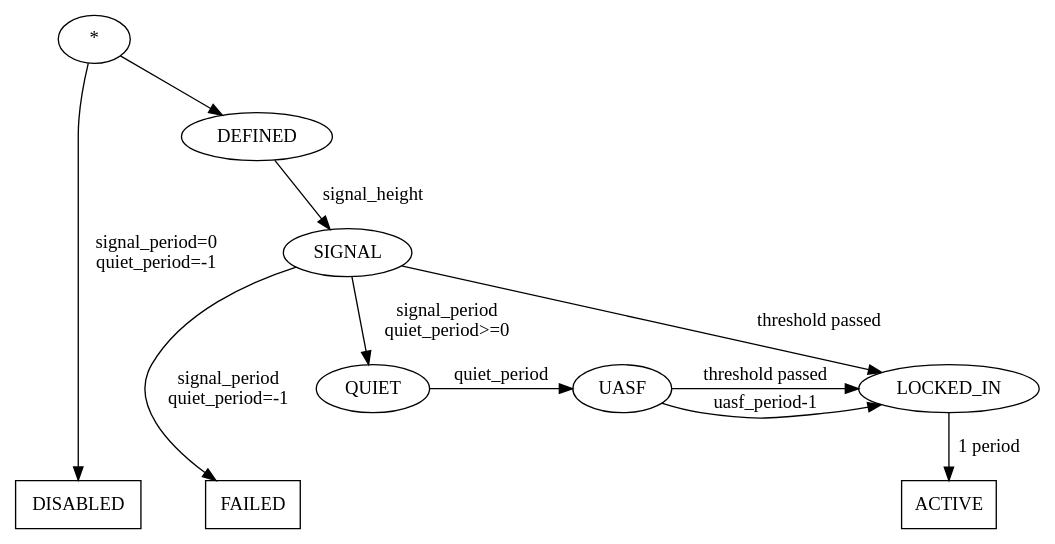
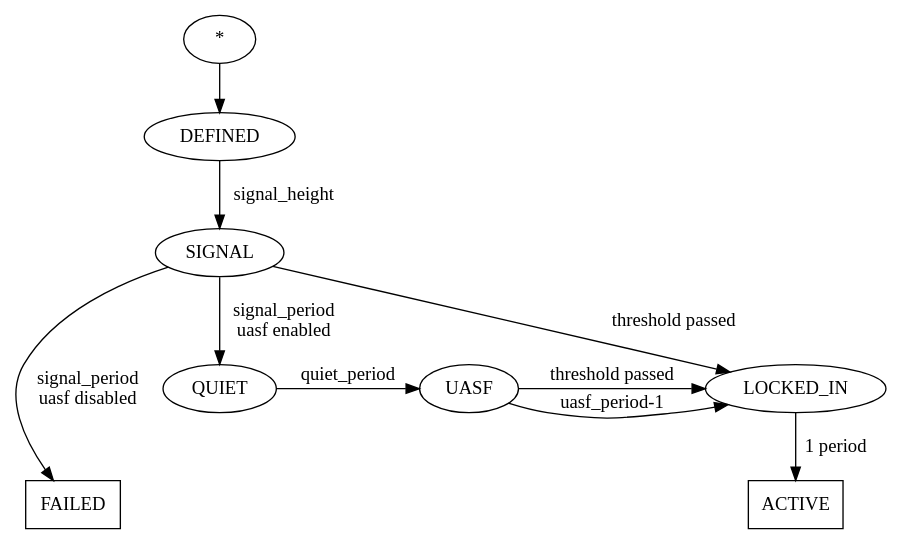
The diagram in bip-sigsf/states.dot (ajtowns/bips), drawn with Graphviz before and after one commit. The commit also changed 1 other file, not shown here.

```diff
--- a/bip-sigsf/states.dot
+++ b/bip-sigsf/states.dot
@@ -1,28 +1,26 @@
 digraph {
   "rankdir"="TD";
 
-  "*" -> "DISABLED" [label="signal_period=0\nquiet_period=-1"];
   "*" -> "DEFINED";
 
   "DEFINED" -> "SIGNAL" [label="signal_height"];
-  "SIGNAL" -> "FAILED" [label="signal_period\nquiet_period=-1"];
+  "SIGNAL" -> "FAILED" [label="signal_period\nuasf disabled"];
   "SIGNAL" -> "LOCKED_IN" [label="threshold passed"];
   "LOCKED_IN" -> "ACTIVE" [label="1 period"];
 
-  "SIGNAL" -> "QUIET" [label="signal_period\nquiet_period>=0"];
+  "SIGNAL" -> "QUIET" [label="signal_period\nuasf enabled"];
   "QUIET" -> "UASF" [label="quiet_period"];
   "UASF" -> "LOCKED_IN" [label="threshold passed"];
   "UASF" -> "LOCKED_IN" [label="uasf_period-1"];
 
-  "DISABLED" [shape=box];
   "FAILED" [shape=box];
   "ACTIVE" [shape=box];
 
   "QUIET" -> "UASF" [style=invis];
   "QUIET" -> "FAILED" [style=invis];
 
   { rank=same; "QUIET" "UASF" "LOCKED_IN"; }
-  { rank=same; "DISABLED" "FAILED" "ACTIVE"; }
+  { rank=same; "FAILED" "ACTIVE"; }
 
   // "DEFINED" [group="time"];
 }
```
